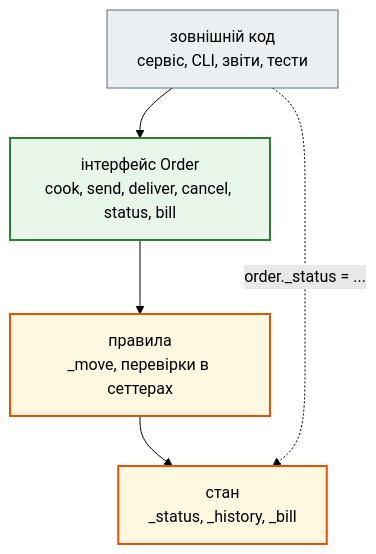
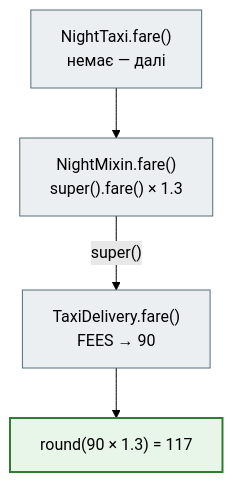
Before and after one commit to AlinaRadchenko/PY-Course-Victor-Nikoriak-22-09-2026: the second of 4 diagrams in docs/modules/m2/lesson_21.md, drawn with Mermaid (forest theme). The commit also changed other lines of this file and 1846 other files, not shown here.

````diff
--- a/docs/modules/m2/lesson_21.md
+++ b/docs/modules/m2/lesson_21.md
@@ -460,17 +258,15 @@
 ```mermaid
 flowchart TD
     classDef step     fill:#eceff1,stroke:#546e7a,stroke-width:1px;
     classDef decision fill:#e3f2fd,stroke:#1565c0,stroke-width:2px;
     classDef success  fill:#e8f5e9,stroke:#2e7d32,stroke-width:2px;
     classDef error    fill:#ffebee,stroke:#c62828,stroke-width:3px;
     classDef warning  fill:#fff8e1,stroke:#e65100,stroke-width:2px;
 
-    EXT["зовнішній код<br>сервіс, CLI, звіти, тести"] --> API["інтерфейс Order<br>cook, send, deliver, cancel, status, bill"]
-    API --> RULES["правила<br>_move, перевірки в сеттерах"]
-    RULES --> STATE["стан<br>_status, _history, _bill"]
-    EXT -. "order._status = ..." .-> STATE
+    N["NightTaxi.fare()<br>немає — далі"] --> M["NightMixin.fare()<br>super().fare() × 1.3"]
+    M -- "super()" --> T["TaxiDelivery.fare()<br>FEES → 90"]
+    T --> R["round(90 × 1.3) = 117"]
 
-    class EXT step
-    class API success
-    class RULES,STATE warning
+    class N,M,T step
+    class R success
 ```
````
